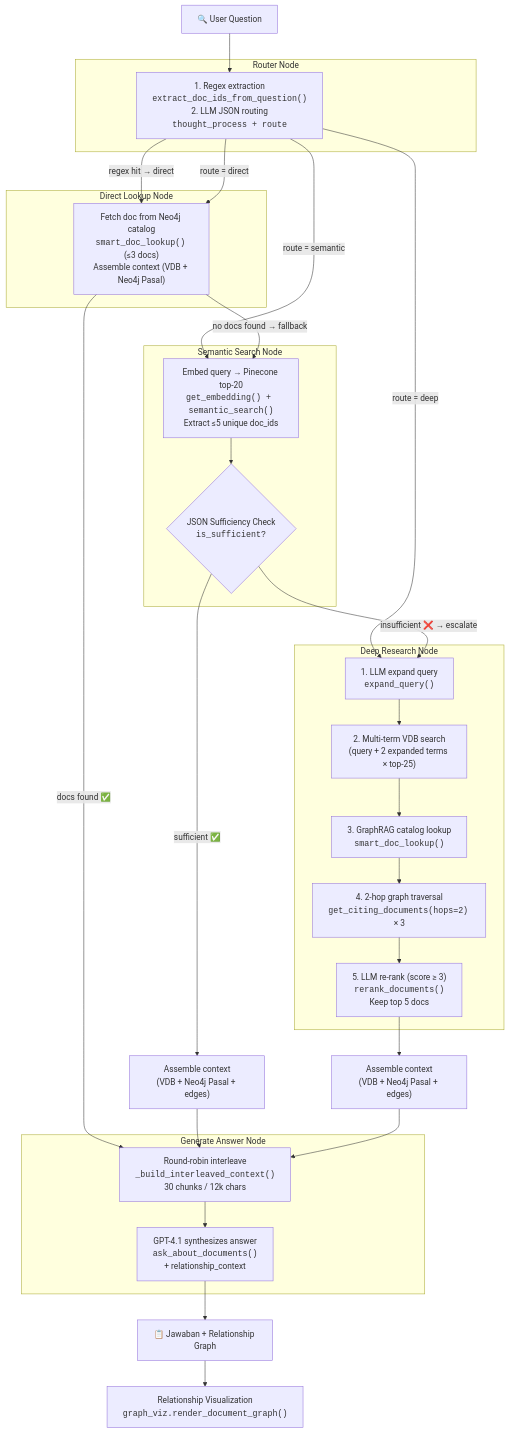
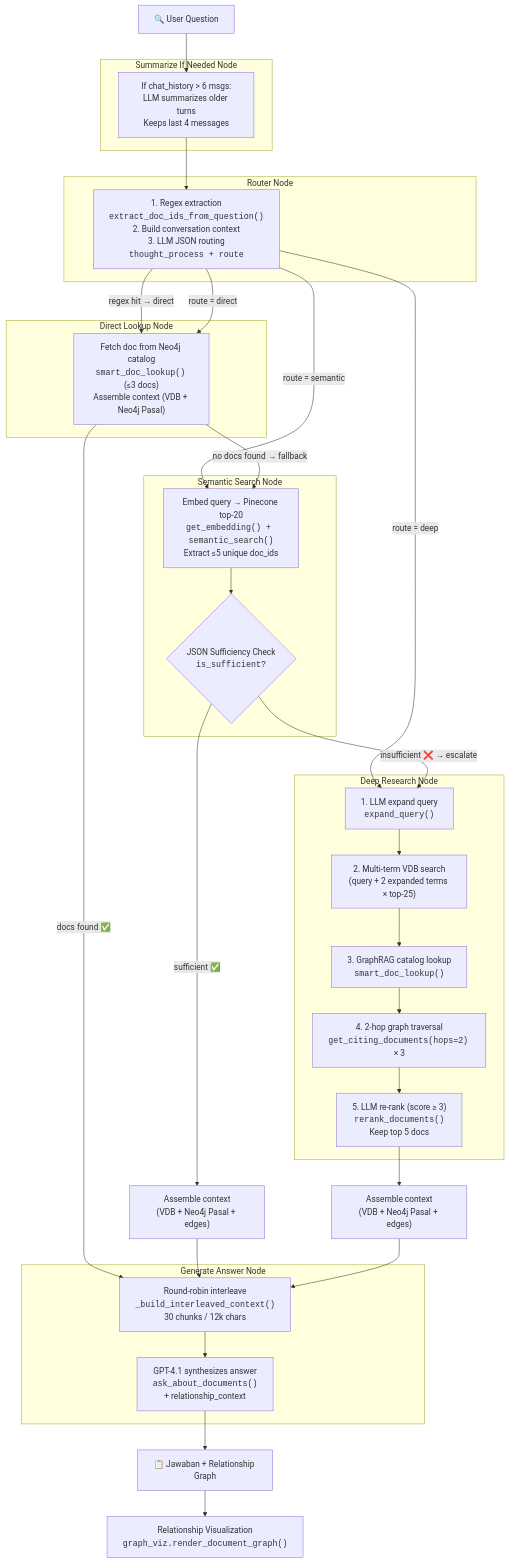
The diagram in docs/SEARCH_PIPELINE.md (netrialiarahmi/graphrag), drawn with Mermaid before and after one commit. The commit also changed other lines of this file and 15 other files, not shown here.

````diff
--- a/docs/SEARCH_PIPELINE.md
+++ b/docs/SEARCH_PIPELINE.md
@@ -55,53 +82,59 @@
 ```mermaid
 flowchart TD
-    Q["🔍 User Question"] --> ROUTER
+    Q["🔍 User Question"] --> SUMMARIZE
+
+    subgraph "Summarize If Needed Node"
+        SUMMARIZE["If chat_history > 6 msgs:<br/>LLM summarizes older turns<br/>Keeps last 4 messages"]
+    end
+
+    SUMMARIZE --> ROUTER
 
     subgraph "Router Node"
-        ROUTER["1. Regex extraction<br/><code>extract_doc_ids_from_question()</code><br/>2. LLM JSON routing<br/><code>thought_process + route</code>"]
+        ROUTER["1. Regex extraction<br/><code>extract_doc_ids_from_question()</code><br/>2. Build conversation context<br/>3. LLM JSON routing<br/><code>thought_process + route</code>"]
     end
 
     ROUTER -- "regex hit → direct" --> DIRECT
     ROUTER -- "route = direct" --> DIRECT
     ROUTER -- "route = semantic" --> SEMANTIC
     ROUTER -- "route = deep" --> DEEP
 
     subgraph "Direct Lookup Node"
         DIRECT["Fetch doc from Neo4j catalog<br/><code>smart_doc_lookup()</code> (≤3 docs)<br/>Assemble context (VDB + Neo4j Pasal)"]
     end
 
     DIRECT -- "no docs found → fallback" --> SEMANTIC
     DIRECT -- "docs found ✅" --> ANSWER
 
     subgraph "Semantic Search Node"
         SEMANTIC["Embed query → Pinecone top-20<br/><code>get_embedding() + semantic_search()</code><br/>Extract ≤5 unique doc_ids"]
         SUFF{"JSON Sufficiency Check<br/><code>is_sufficient?</code>"}
         SEMANTIC --> SUFF
     end
 
     SUFF -- "sufficient ✅" --> ASSEMBLE_S["Assemble context<br/>(VDB + Neo4j Pasal + edges)"]
     SUFF -- "insufficient ❌ → escalate" --> DEEP
 
     ASSEMBLE_S --> ANSWER
 
     subgraph "Deep Research Node"
         DEEP["1. LLM expand query<br/><code>expand_query()</code>"]
         DEEP2["2. Multi-term VDB search<br/>(query + 2 expanded terms × top-25)"]
         DEEP3["3. GraphRAG catalog lookup<br/><code>smart_doc_lookup()</code>"]
         DEEP4["4. 2-hop graph traversal<br/><code>get_citing_documents(hops=2)</code> × 3"]
         DEEP5["5. LLM re-rank (score ≥ 3)<br/><code>rerank_documents()</code><br/>Keep top 5 docs"]
         DEEP --> DEEP2 --> DEEP3 --> DEEP4 --> DEEP5
     end
 
     DEEP5 --> ASSEMBLE_D["Assemble context<br/>(VDB + Neo4j Pasal + edges)"]
     ASSEMBLE_D --> ANSWER
 
     subgraph "Generate Answer Node"
         ANSWER["Round-robin interleave<br/><code>_build_interleaved_context()</code><br/>30 chunks / 12k chars"]
         ANSWER2["GPT-4.1 synthesizes answer<br/><code>ask_about_documents()</code><br/>+ relationship_context"]
         ANSWER --> ANSWER2
     end
 
     ANSWER2 --> ANS["📋 Jawaban + Relationship Graph"]
 
     ANS --> GRAPH["Relationship Visualization<br/><code>graph_viz.render_document_graph()</code>"]
 ```
````
